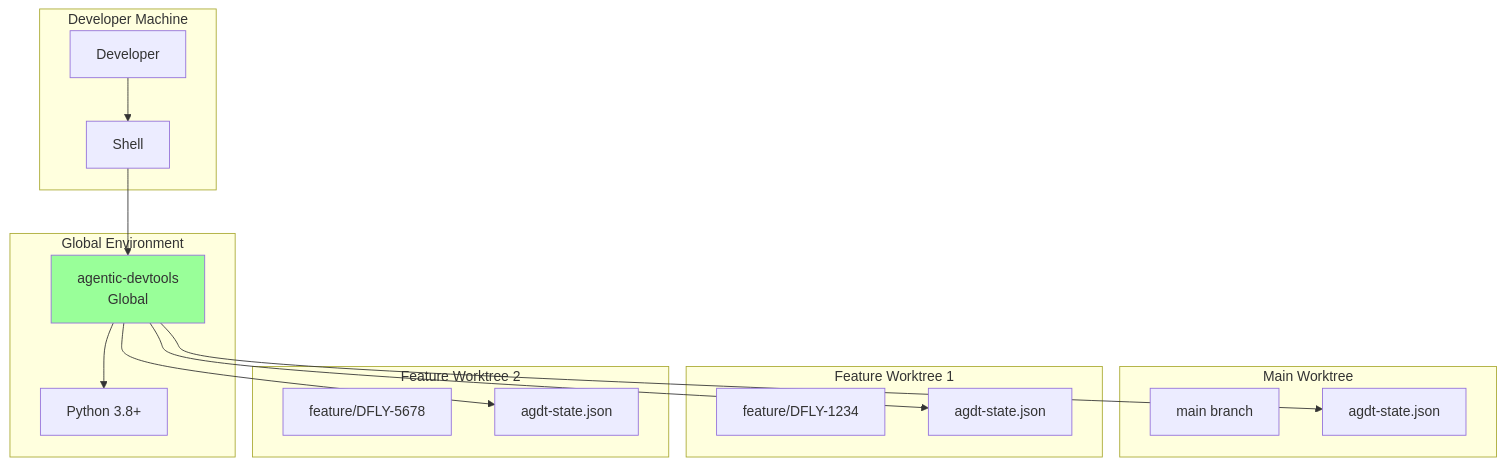
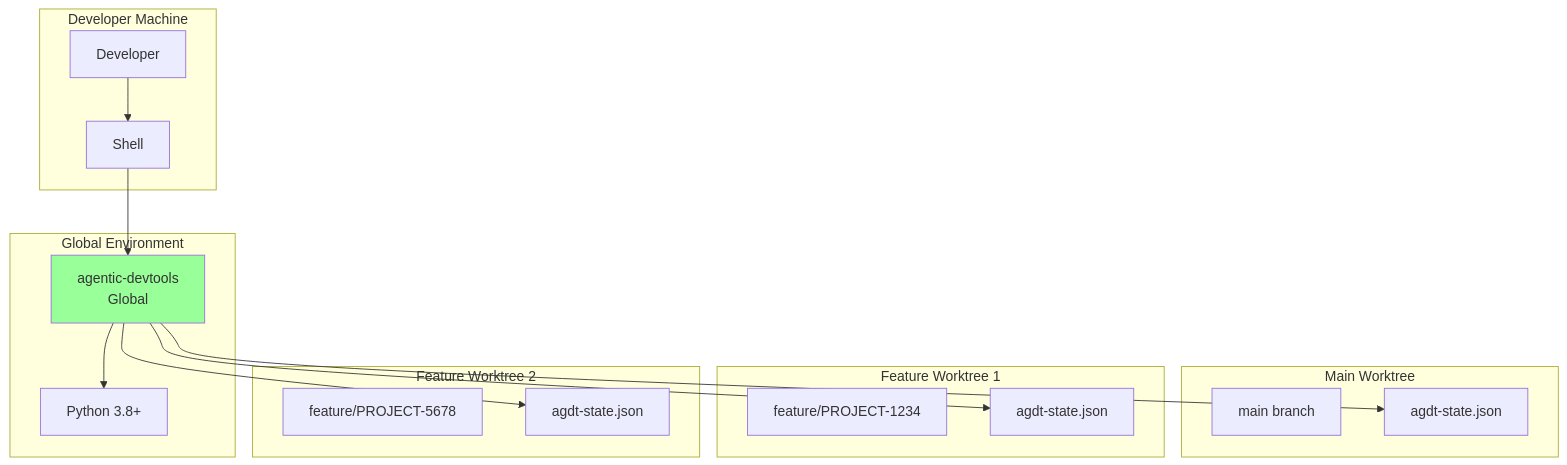
Before and after one commit to ayaiayorg/agentic-devtools: the third of 10 diagrams in docs/07-deployment-view.md, drawn with Mermaid. The commit also changed 201 other files, not shown here.

````diff
--- a/docs/07-deployment-view.md
+++ b/docs/07-deployment-view.md
@@ -72,37 +72,37 @@
 ```mermaid
 graph TB
     subgraph "Developer Machine"
         User[Developer]
         Shell[Shell]
     end
     
     subgraph "Global Environment"
         Python[Python 3.8+]
         GlobalAgdt[agentic-devtools<br/>Global]
     end
     
     subgraph "Main Worktree"
         MainRepo[main branch]
         MainState[agdt-state.json]
     end
     
     subgraph "Feature Worktree 1"
-        WT1[feature/DFLY-1234]
+        WT1[feature/PROJECT-1234]
         WT1State[agdt-state.json]
     end
     
     subgraph "Feature Worktree 2"
-        WT2[feature/DFLY-5678]
+        WT2[feature/PROJECT-5678]
         WT2State[agdt-state.json]
     end
     
     User --> Shell
     Shell --> GlobalAgdt
     GlobalAgdt --> Python
     
     GlobalAgdt --> MainState
     GlobalAgdt --> WT1State
     GlobalAgdt --> WT2State
     
     style GlobalAgdt fill:#9f9
 ```
````
